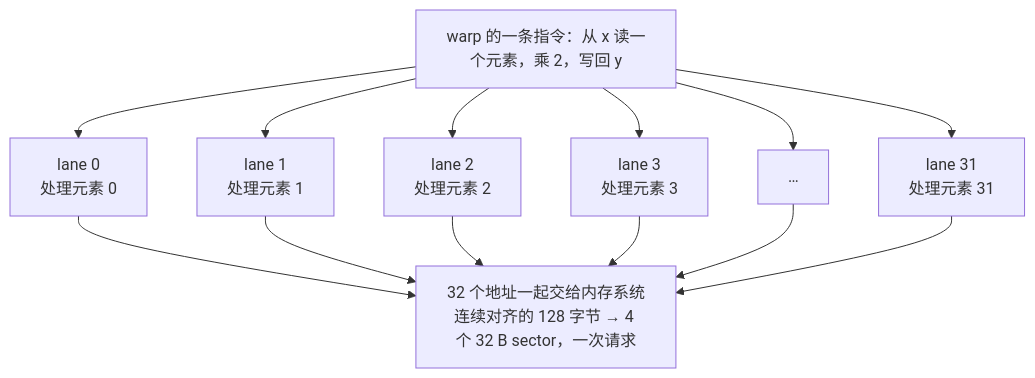
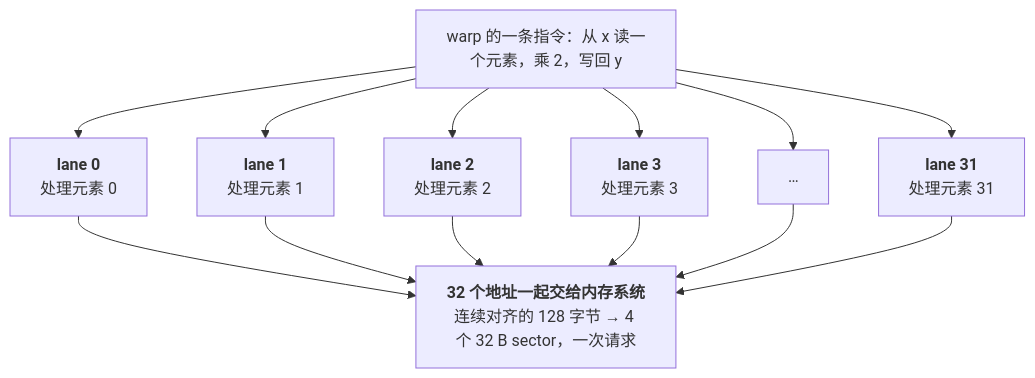
One commit to arganzheng/arganzheng.github.com changed the fifth of 15 diagrams in _posts/2026-05-11-gpu-architecture-and-roofline.md. Above: the diagram before and after it, drawn with Mermaid. The commit also changed other lines of this file and 10 other files, not shown here.

First line of the commit message:
GPU Kernel 工程：从 CUDA 执行模型到 FlashAttention：Mermaid 多行方框的首行标为标题（11 篇）

````diff
--- a/_posts/2026-05-11-gpu-architecture-and-roofline.md
+++ b/_posts/2026-05-11-gpu-architecture-and-roofline.md
@@ -203,17 +203,17 @@
 ```mermaid
 %% SIMT：一个 warp 的 32 个 lane 同一条指令、各自的数据；地址合并成一次事务
 flowchart TB
     I["warp 的一条指令：从 x 读一个元素，乘 2，写回 y"]
-    I --> T0["lane 0<br/>处理元素 0"]
-    I --> T1["lane 1<br/>处理元素 1"]
-    I --> T2["lane 2<br/>处理元素 2"]
-    I --> T3["lane 3<br/>处理元素 3"]
+    I --> T0["<b>lane 0</b><br/>处理元素 0"]
+    I --> T1["<b>lane 1</b><br/>处理元素 1"]
+    I --> T2["<b>lane 2</b><br/>处理元素 2"]
+    I --> T3["<b>lane 3</b><br/>处理元素 3"]
     I --> Td["…"]
-    I --> T31["lane 31<br/>处理元素 31"]
-    T0 --> M["32 个地址一起交给内存系统<br/>连续对齐的 128 字节 → 4 个 32 B sector，一次请求"]
+    I --> T31["<b>lane 31</b><br/>处理元素 31"]
+    T0 --> M["<b>32 个地址一起交给内存系统</b><br/>连续对齐的 128 字节 → 4 个 32 B sector，一次请求"]
     T1 --> M
     T2 --> M
     T3 --> M
     Td --> M
     T31 --> M
 ```
````
